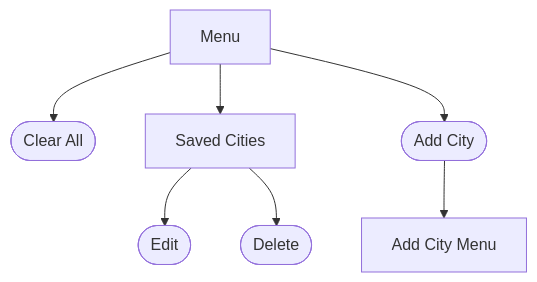
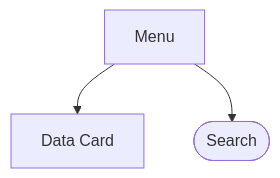
Before and after one commit to Exanim/Uni-Weather-app-project: the first of 2 diagrams in rendszerterv.md, drawn with Mermaid.

Commit message:
Rewrote menühierachia flowchart

````diff
--- a/rendszerterv.md
+++ b/rendszerterv.md
@@ -44,9 +44,5 @@
 ```mermaid
 flowchart TD
-  Menu --> clearAll([Clear All])
-  Menu --> savedCities[Saved Cities]
-  Menu --> addCity([Add City])
-  addCity --> addCityMenu[Add City Menu]
-  savedCities --> editExisting([Edit])
-  savedCities --> deleteExisiting([Delete])
+  Menu --> dataCard[Data Card]
+  Menu --> search([Search])
 ```
````
